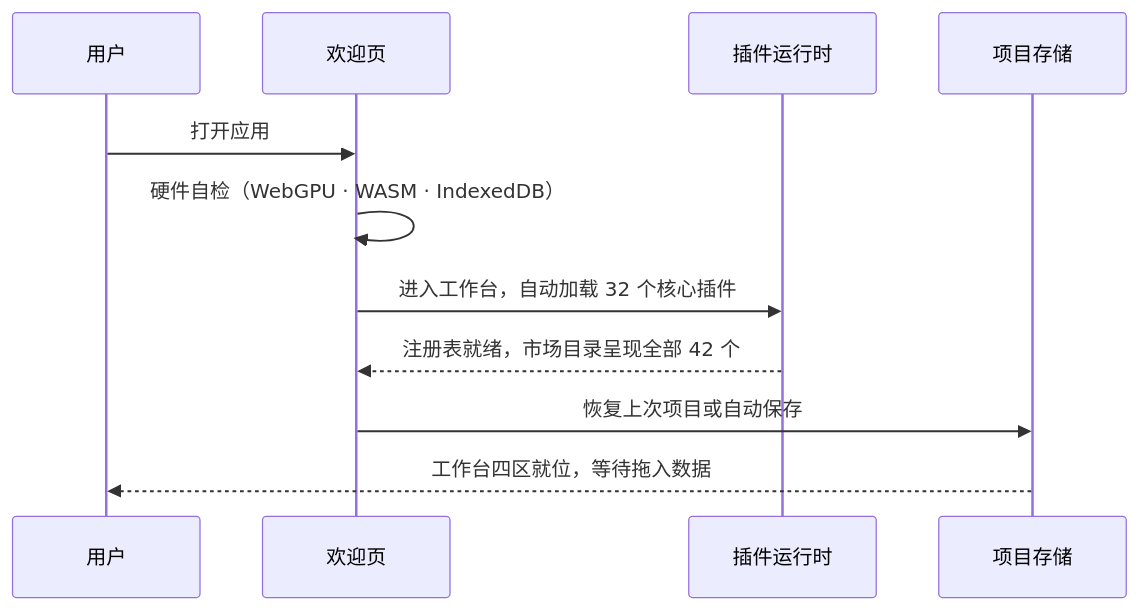
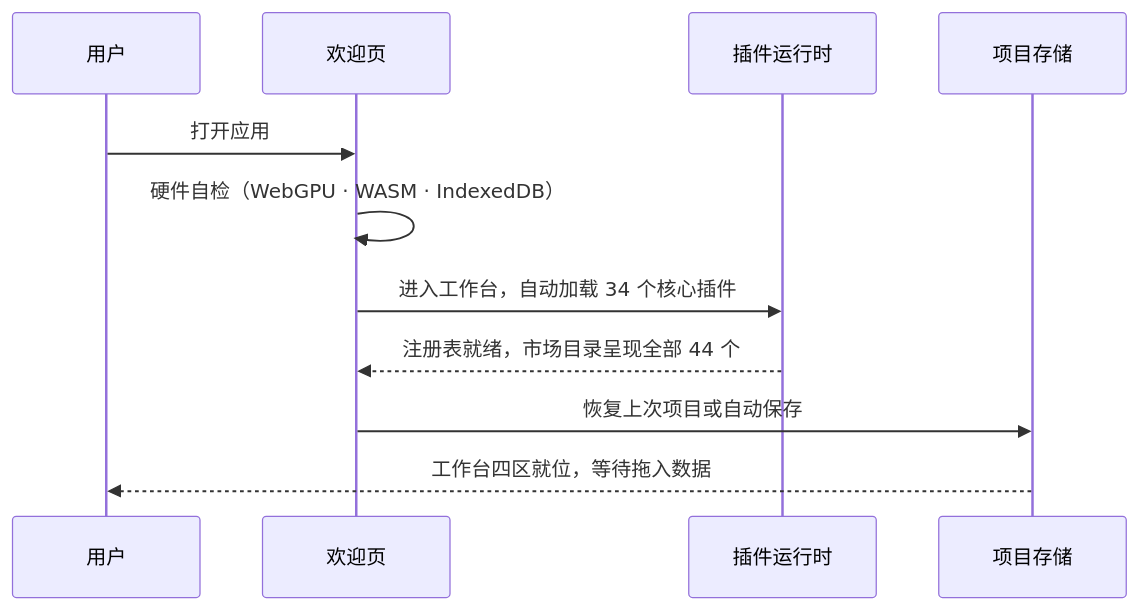
The second of 3 diagrams in docs/technical/02-系统架构.md (SnowLeopard-io/ErgalicsStudio), drawn with Mermaid before and after one commit. The commit also changed other lines of this file and 44 other files, not shown here.

````diff
--- a/docs/technical/02-系统架构.md
+++ b/docs/technical/02-系统架构.md
@@ -99,13 +99,13 @@
 ```mermaid
 sequenceDiagram
     participant U as 用户
     participant W as 欢迎页
     participant P as 插件运行时
     participant S as 项目存储
     U->>W: 打开应用
     W->>W: 硬件自检（WebGPU · WASM · IndexedDB）
-    W->>P: 进入工作台，自动加载 32 个核心插件
-    P-->>W: 注册表就绪，市场目录呈现全部 42 个
+    W->>P: 进入工作台，自动加载 34 个核心插件
+    P-->>W: 注册表就绪，市场目录呈现全部 44 个
     W->>S: 恢复上次项目或自动保存
     S-->>U: 工作台四区就位，等待拖入数据
 ```
````
